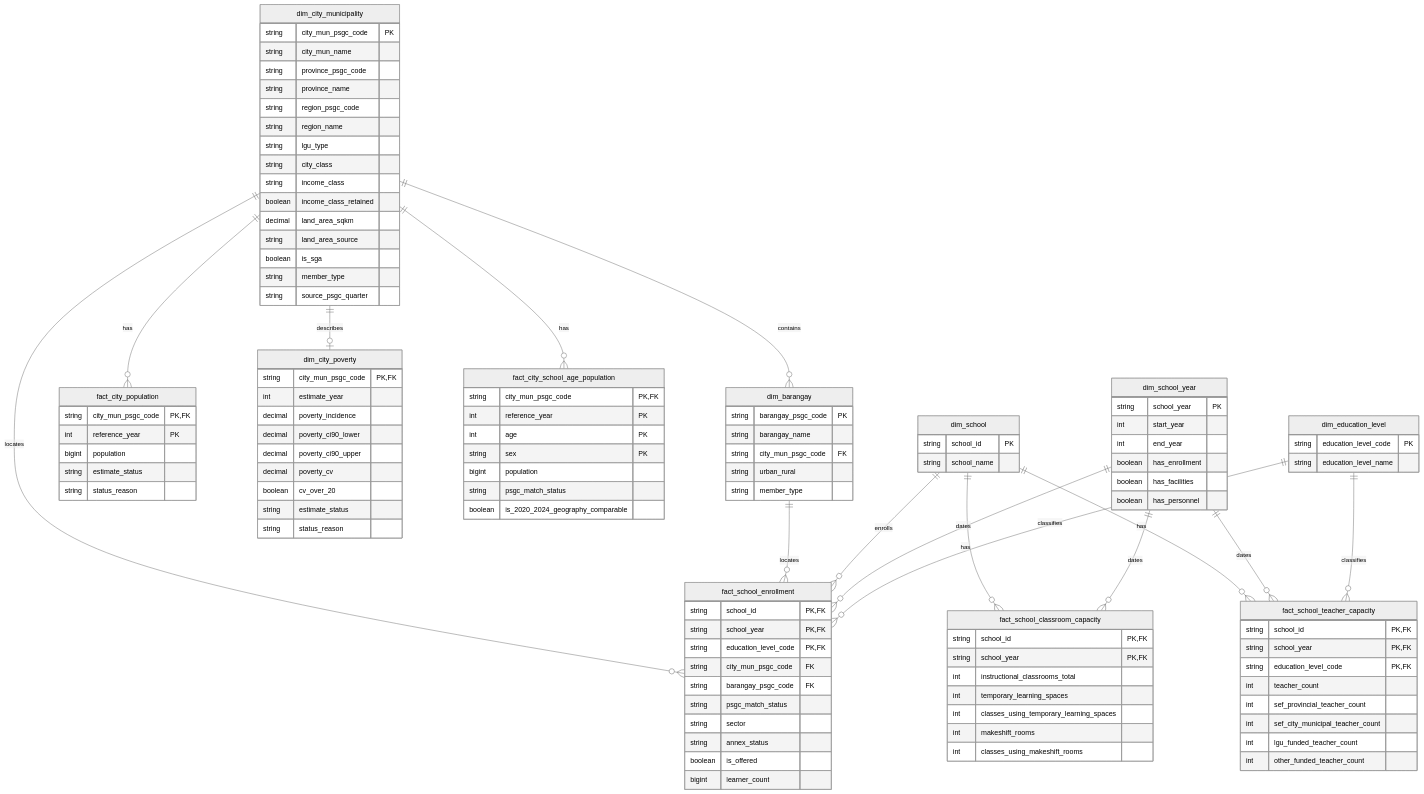
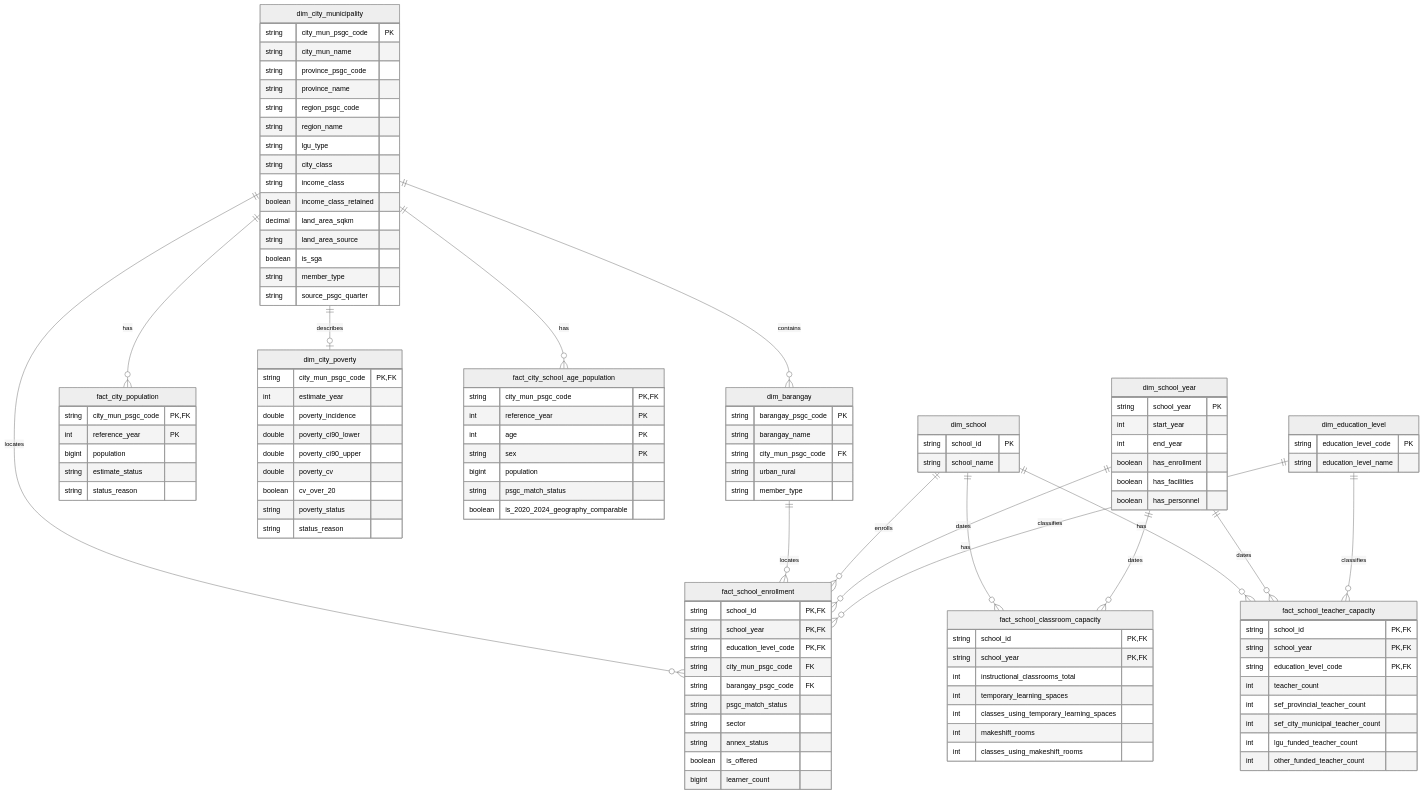
The diagram in docs/architecture/data-model.md (hyenalouise/edu-access-sandbox), drawn with Mermaid (neutral theme) before and after one commit. The commit also changed other lines of this file and 9 other files, not shown here.

```diff
--- a/docs/architecture/data-model.md
+++ b/docs/architecture/data-model.md
@@ -354,12 +357,12 @@
   dim_city_poverty {
     string city_mun_psgc_code PK,FK
     int estimate_year
-    decimal poverty_incidence
-    decimal poverty_ci90_lower
-    decimal poverty_ci90_upper
-    decimal poverty_cv
+    double poverty_incidence
+    double poverty_ci90_lower
+    double poverty_ci90_upper
+    double poverty_cv
     boolean cv_over_20
-    string estimate_status
+    string poverty_status
     string status_reason
   }
   fact_school_enrollment {
```
